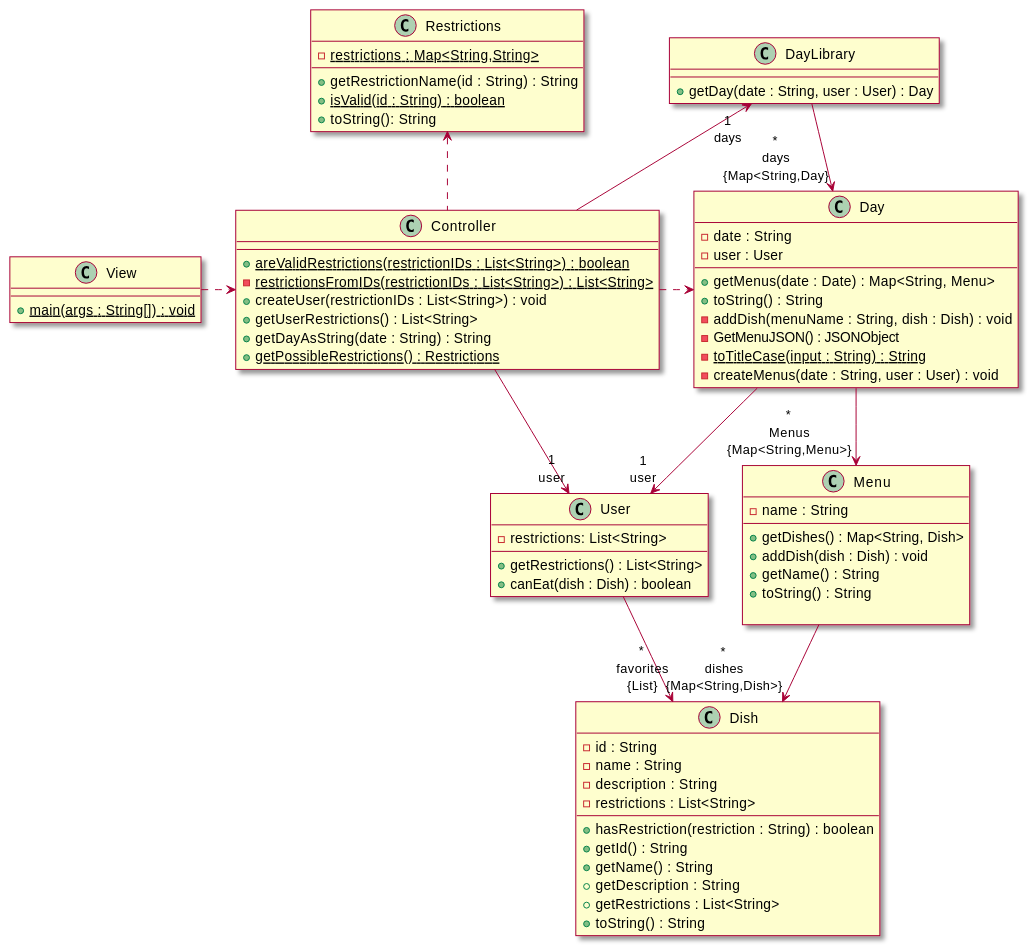
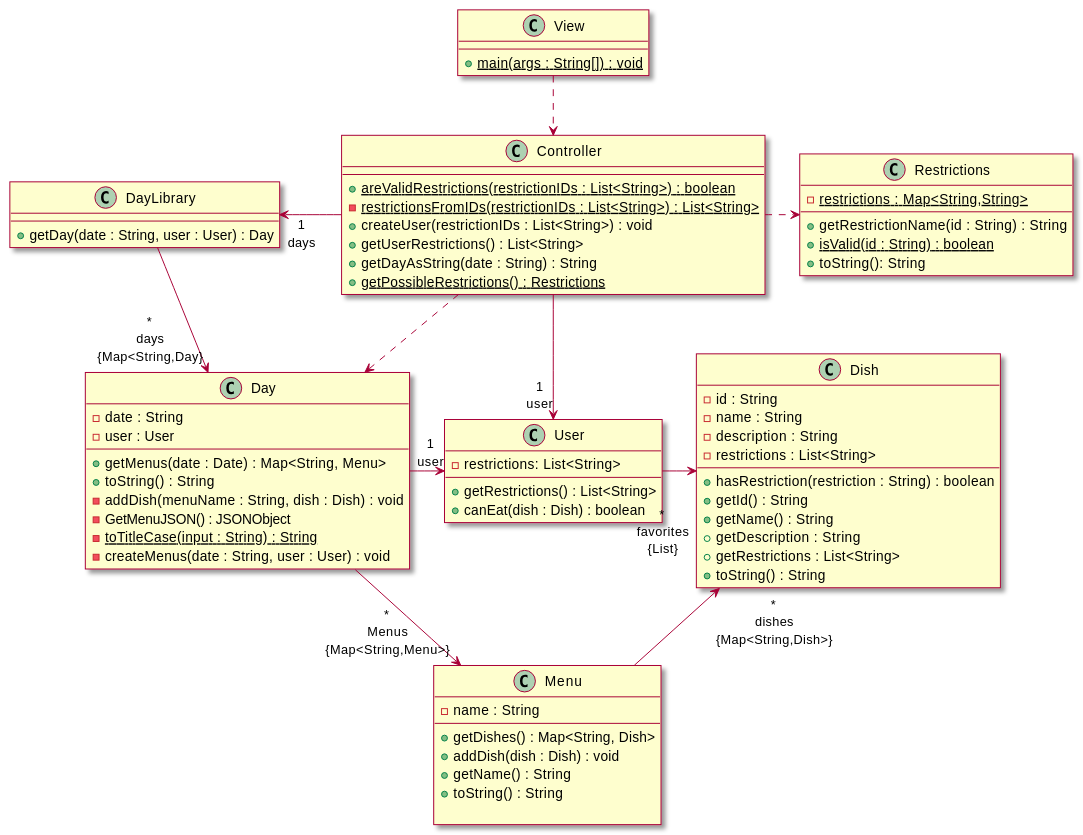
The first of 3 diagrams in intellij/doc/design.md (sashap100/Vassar-Dining-App), drawn with PlantUML before and after one commit.

Commit message:
Fixed visuals of class diagram

```diff
--- a/intellij/doc/design.md
+++ b/intellij/doc/design.md
@@ -78,15 +78,15 @@
 }
 
 ' associations
-User -> "\n*\nfavorites\n{List}" Dish
-Day -down-> "*\nMenus\n{Map<String,Menu>}" Menu : \t\t\t
-Menu -down-> "*\ndishes\n{Map<String,Dish>}" Dish : \t\t
+User -right-> "\n*\nfavorites\n{List}" Dish
+Day -right-> "*\nMenus\n{Map<String,Menu>}" Menu : \t\t\t
+Menu -up-> "*\ndishes\n{Map<String,Dish>}" Dish : \t\t
 Controller -down-> "1\nuser" User
-Controller -left-> "1\ndays" DayLibrary
-View .> Controller
-Day -down-> "1\nuser" User
+Controller -left-> "1\ndays" DayLibrary : \t
+View .down.> Controller
+Day -> "1\nuser" User
 DayLibrary -down-> "*\ndays\n{Map<String,Day}" Day
-Controller .up.> Restrictions
+Controller .> Restrictions
 Controller .> Day
 
 @enduml
```
